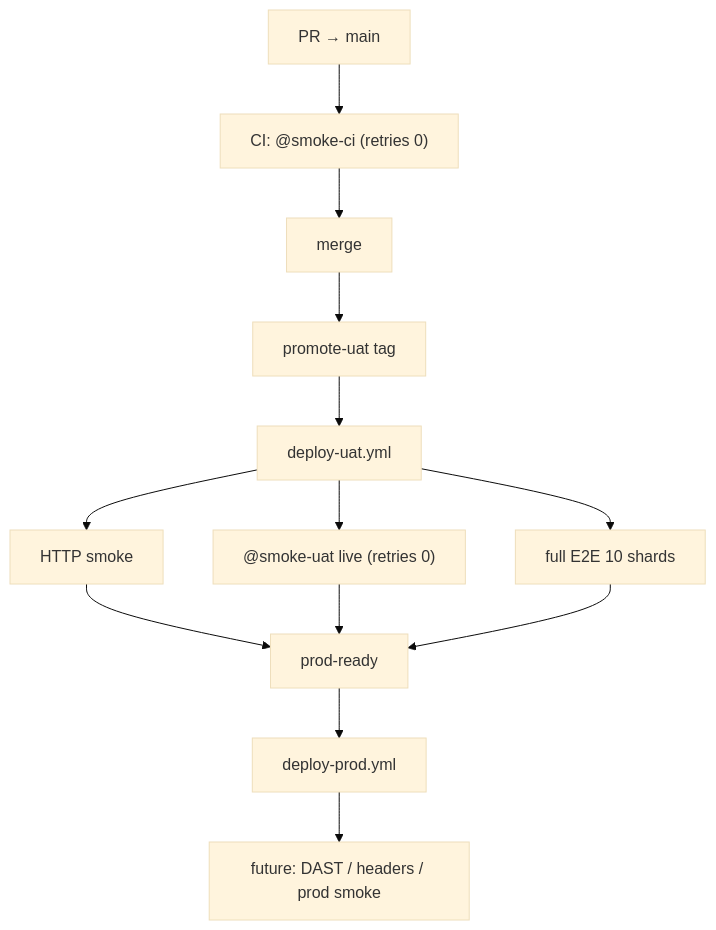
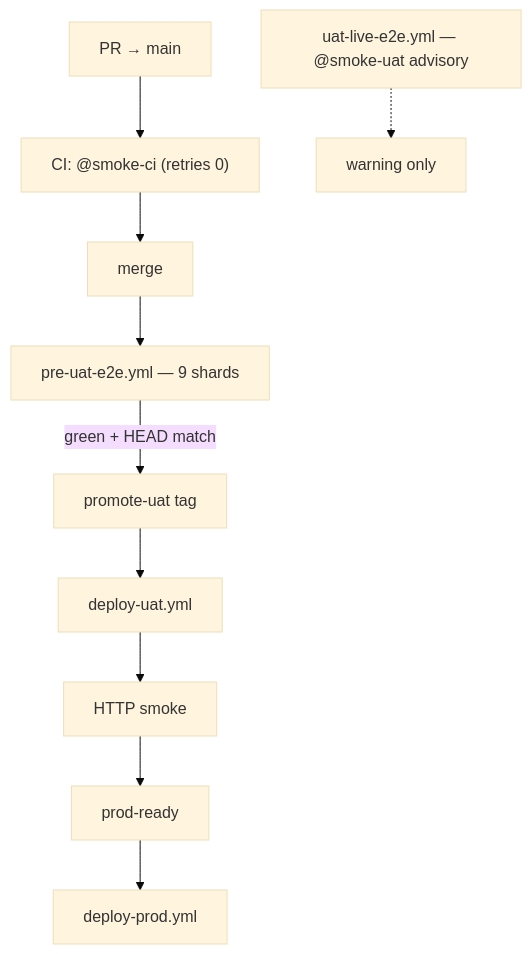
The diagram in docs/pipelines/e2e-ci-canary-plan.md (KanopeeKa/AgathaCheck), drawn with Mermaid (base theme) before and after one commit. The commit also changed other lines of this file and 22 other files, not shown here.

````diff
--- a/docs/pipelines/e2e-ci-canary-plan.md
+++ b/docs/pipelines/e2e-ci-canary-plan.md
@@ -32,15 +32,12 @@
 ```mermaid
 flowchart TD
   PR[PR → main] --> CI["CI: @smoke-ci (retries 0)"]
   CI --> MERGE[merge]
-  MERGE --> PROMOTE[promote-uat tag]
+  MERGE --> PRE["pre-uat-e2e.yml — 9 shards"]
+  PRE -->|green + HEAD match| PROMOTE[promote-uat tag]
   PROMOTE --> DEPLOY[deploy-uat.yml]
   DEPLOY --> HTTP[HTTP smoke]
-  DEPLOY --> LIVE["@smoke-uat live (retries 0)"]
-  DEPLOY --> FULL["full E2E 10 shards"]
   HTTP --> PR_READY[prod-ready]
-  LIVE --> PR_READY
-  FULL --> PR_READY
   PR_READY --> PROD[deploy-prod.yml]
-  PROD --> FUTURE["future: DAST / headers / prod smoke"]
+  NIGHTLY["uat-live-e2e.yml — @smoke-uat advisory"] -.-> WARN[warning only]
 ```
````
